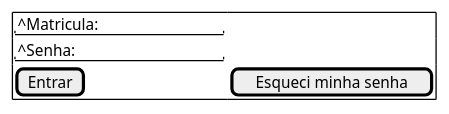
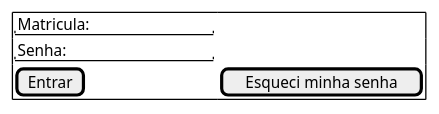
One commit to Projetos-de-Extensao/PBE_25.2_8004_Pioneiros changed the diagram in docs/Elaboracao/prototipo/login.wsd. Above: the diagram before and after it, drawn with PlantUML.

```diff
--- a/docs/Elaboracao/prototipo/login.wsd
+++ b/docs/Elaboracao/prototipo/login.wsd
@@ -1,7 +1,7 @@
 @startsalt
 {+
-  "^Matricula:         "
-  "^Senha:             "
+  "Matricula:         "
+  "Senha:             "
   [Entrar] | [Esqueci minha senha]
 }
 @endsalt
```
